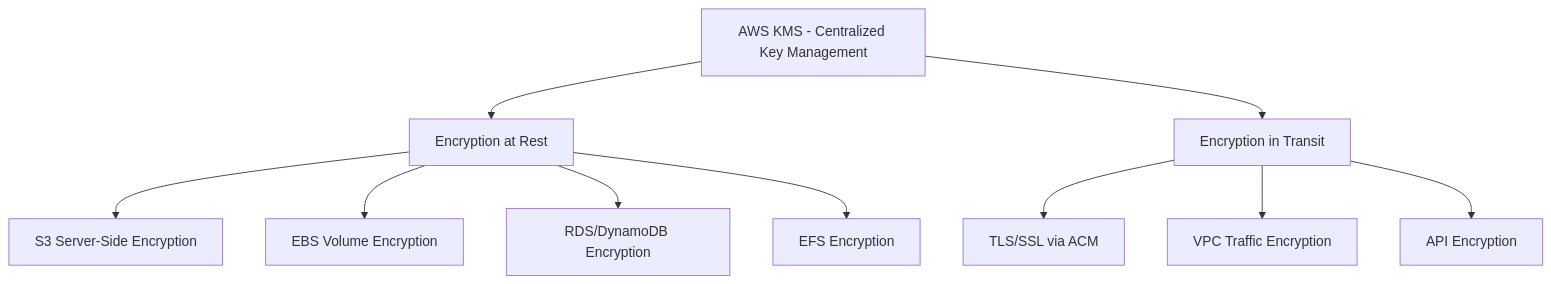
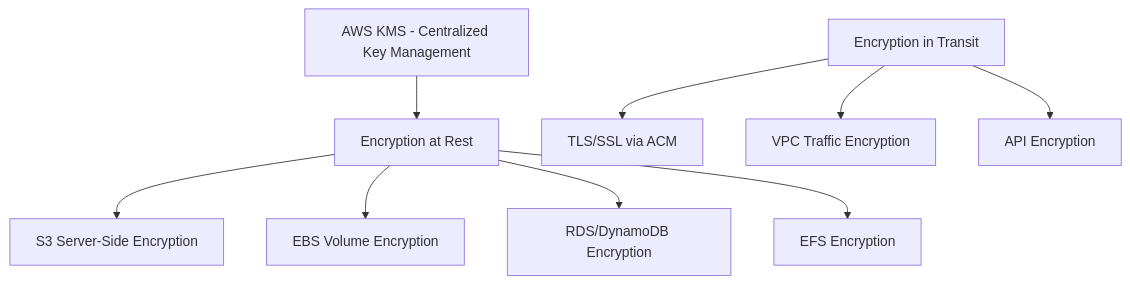
Before and after one commit to OneUptime/blog: the diagram in posts/2026-02-12-encryption-everywhere-aws/README.md, drawn with Mermaid. The commit also changed other lines of this file and 2 other files, not shown here.

Commit message:
validate: 2026-02-12-encryption-everywhere-aws

````diff
--- a/posts/2026-02-12-encryption-everywhere-aws/README.md
+++ b/posts/2026-02-12-encryption-everywhere-aws/README.md
@@ -19,12 +19,12 @@
 ```mermaid
 graph TB
     A[AWS KMS - Centralized Key Management] --> B[Encryption at Rest]
-    A --> C[Encryption in Transit]
+    C[Encryption in Transit]
     B --> D[S3 Server-Side Encryption]
     B --> E[EBS Volume Encryption]
     B --> F[RDS/DynamoDB Encryption]
     B --> G[EFS Encryption]
     C --> H[TLS/SSL via ACM]
     C --> I[VPC Traffic Encryption]
     C --> J[API Encryption]
 ```
````
